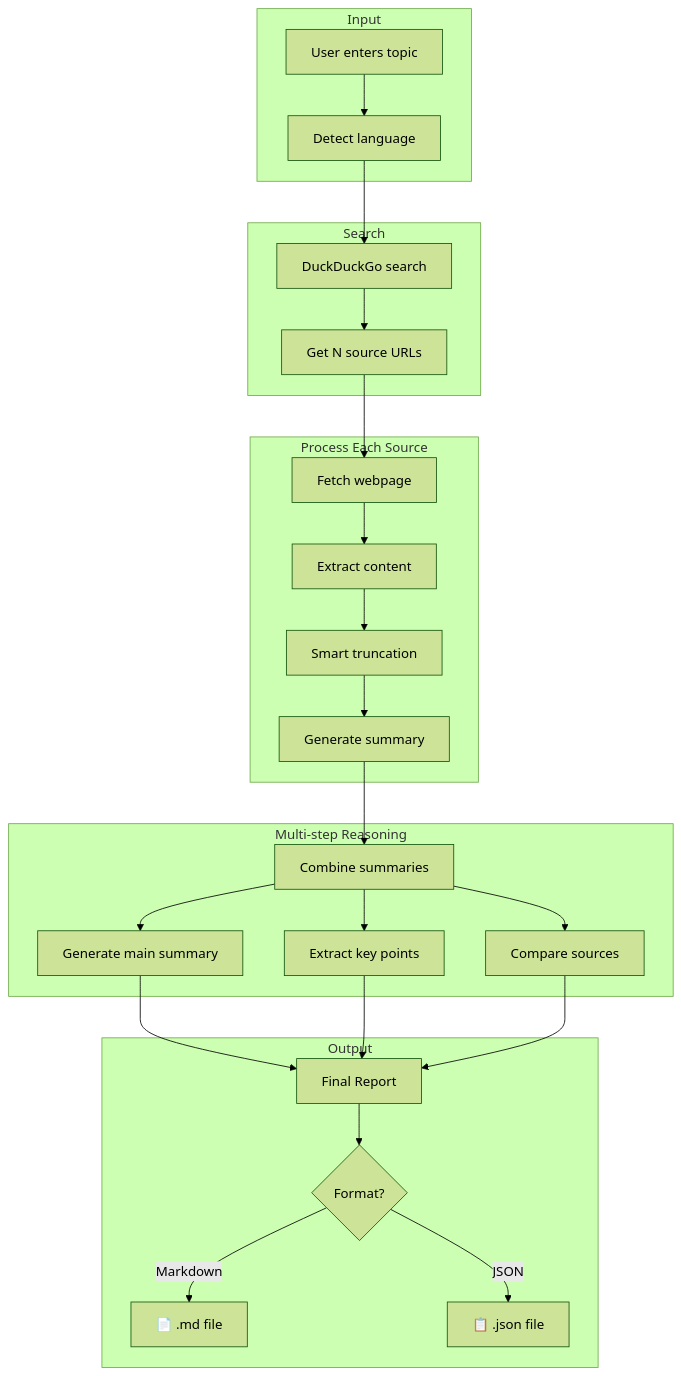
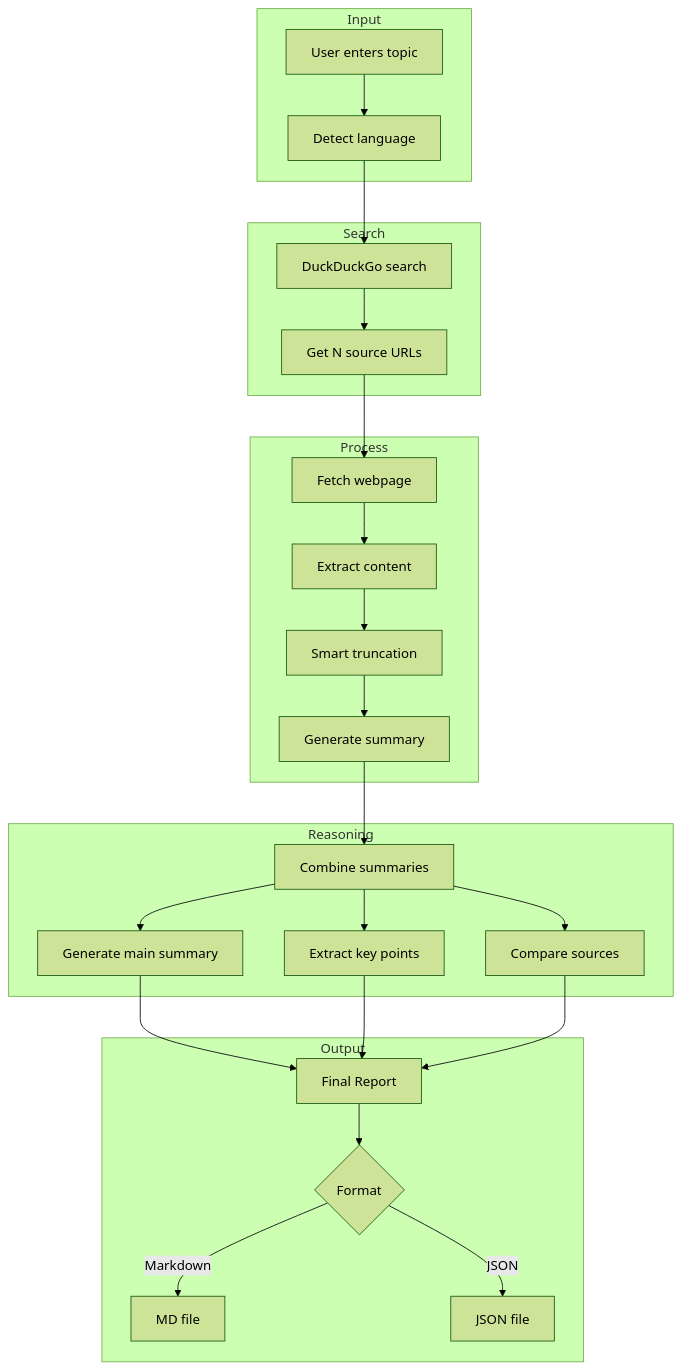
One commit to soheilhosseini/ebcom changed the second of 2 diagrams in README.md. Above: the diagram before and after it, drawn with Mermaid (forest theme). The commit also changed other lines of this file, not shown here.

````diff
--- a/README.md
+++ b/README.md
@@ -47,34 +47,34 @@
 ```mermaid
 flowchart TB
     subgraph Input
         A[User enters topic] --> B[Detect language]
     end
     
     subgraph Search
         B --> C[DuckDuckGo search]
         C --> D[Get N source URLs]
     end
     
-    subgraph Process["Process Each Source"]
+    subgraph Process
         D --> E[Fetch webpage]
         E --> F[Extract content]
         F --> G[Smart truncation]
         G --> H[Generate summary]
     end
     
-    subgraph Reasoning["Multi-step Reasoning"]
+    subgraph Reasoning
         H --> I[Combine summaries]
         I --> J[Generate main summary]
         I --> K[Extract key points]
         I --> L[Compare sources]
     end
     
     subgraph Output
         J --> M[Final Report]
         K --> M
         L --> M
-        M --> N{Format?}
-        N -->|Markdown| O[📄 .md file]
-        N -->|JSON| P[📋 .json file]
+        M --> N{Format}
+        N -->|Markdown| O[MD file]
+        N -->|JSON| P[JSON file]
     end
 ```
````
